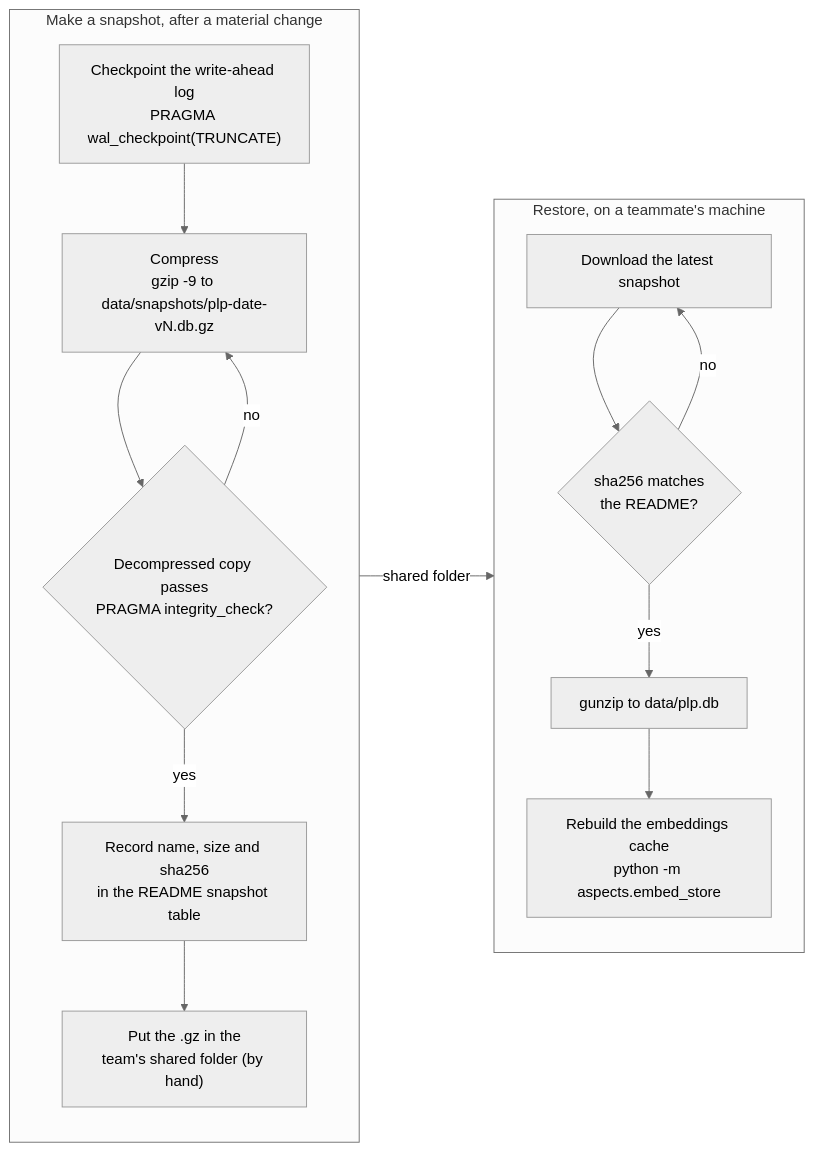
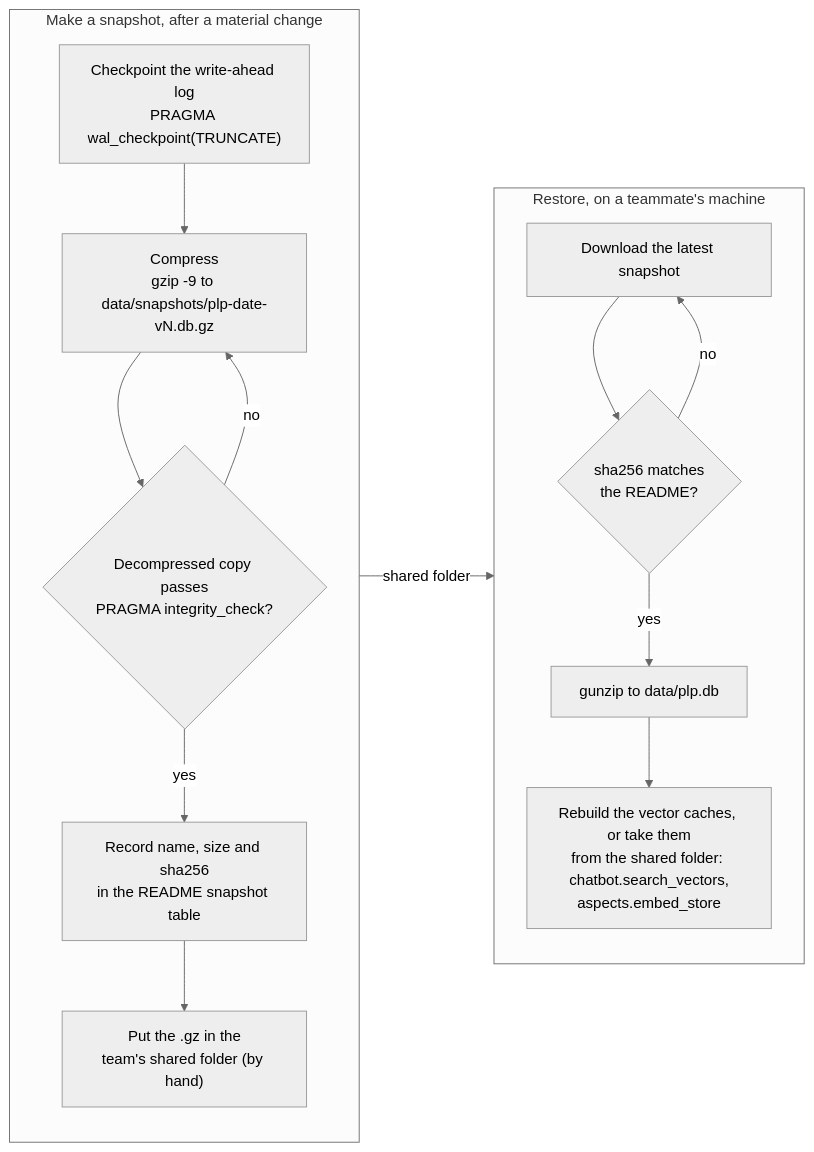
One commit to Gavingyh/plp-project changed the diagram in docs/diagrams/src/18-snapshots.mmd. Above: the diagram before and after it, drawn with Mermaid (neutral theme). The commit also changed 32 other files, not shown here.

First line of the commit message:
Bring the diagrams up to date with the merged code

```diff
--- a/docs/diagrams/src/18-snapshots.mmd
+++ b/docs/diagrams/src/18-snapshots.mmd
@@ -1,28 +1,28 @@
 flowchart LR
   accTitle: Database snapshot and restore
-  accDescr: The owner checkpoints the write-ahead log, compresses the database, verifies the copy, records its checksum in the README and puts it in the team's shared folder. A teammate downloads it, checks the checksum and decompresses it to data/plp.db; the embeddings cache is rebuilt locally.
+  accDescr: The owner checkpoints the write-ahead log, compresses the database, verifies the copy, records its checksum in the README and puts it in the team's shared folder. A teammate downloads it, checks the checksum and decompresses it to data/plp.db; the two vector caches are rebuilt locally or taken from the shared folder.
 
   subgraph make["Make a snapshot, after a material change"]
     direction TB
     ck["Checkpoint the write-ahead log<br/>PRAGMA wal_checkpoint(TRUNCATE)"]
     gz["Compress<br/>gzip -9 to data/snapshots/plp-date-vN.db.gz"]
     ver{"Decompressed copy passes<br/>PRAGMA integrity_check?"}
     sha["Record name, size and sha256<br/>in the README snapshot table"]
     up["Put the .gz in the<br/>team's shared folder (by hand)"]
   end
 
   subgraph use["Restore, on a teammate's machine"]
     direction TB
     dl["Download the latest snapshot"]
     same{"sha256 matches<br/>the README?"}
     un["gunzip to data/plp.db"]
-    emb["Rebuild the embeddings cache<br/>python -m aspects.embed_store"]
+    emb["Rebuild the vector caches, or take them<br/>from the shared folder: chatbot.search_vectors,<br/>aspects.embed_store"]
   end
 
   ck --> gz --> ver
   ver -- yes --> sha --> up
   ver -- no --> gz
   make -- "shared folder" --> use
   dl --> same
   same -- yes --> un --> emb
   same -- no --> dl
```
